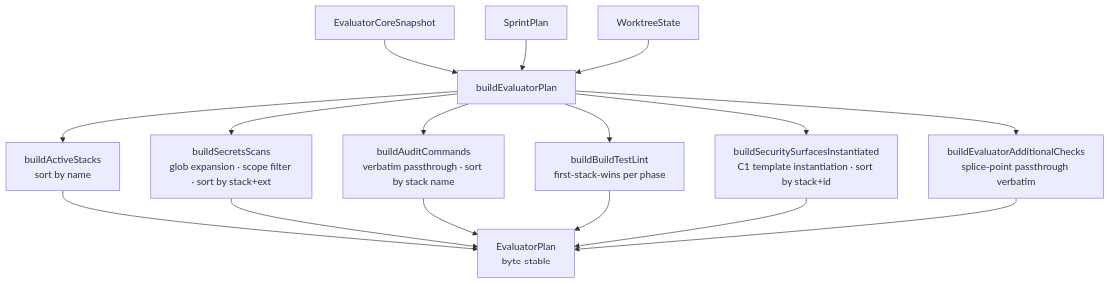
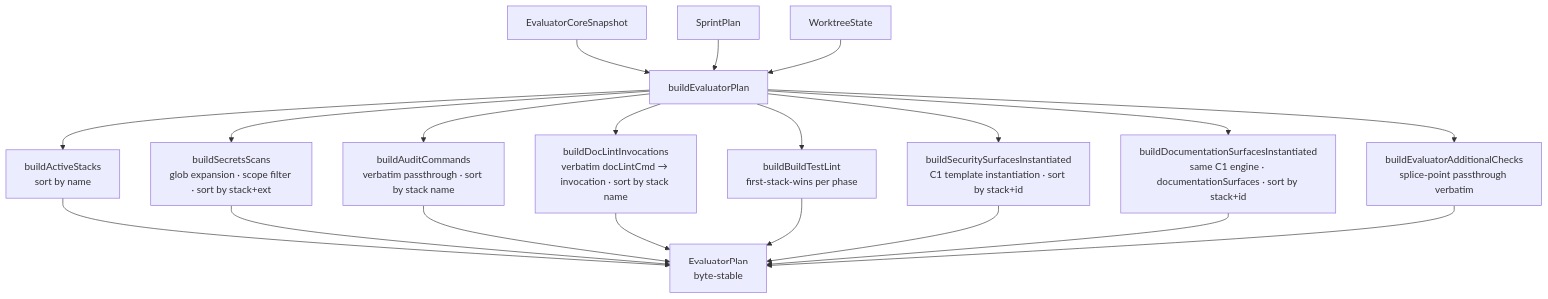
Before and after one commit to Thomas-AppForceOne/ClaudeAgents: the third of 5 diagrams in documentation/evaluator.md, drawn with Mermaid. The commit also changed other lines of this file and 28 other files, not shown here.

````diff
--- a/documentation/evaluator.md
+++ b/documentation/evaluator.md
@@ -170,21 +215,23 @@
 ```mermaid
 flowchart TD
     IN1["EvaluatorCoreSnapshot"]
     IN2["SprintPlan"]
     IN3["WorktreeState"]
 
     MAIN["buildEvaluatorPlan"]
 
     B1["buildActiveStacks\nsort by name"]
     B2["buildSecretsScans\nglob expansion · scope filter · sort by stack+ext"]
     B3["buildAuditCommands\nverbatim passthrough · sort by stack name"]
-    B4["buildBuildTestLint\nfirst-stack-wins per phase"]
-    B5["buildSecuritySurfacesInstantiated\nC1 template instantiation · sort by stack+id"]
-    B6["buildEvaluatorAdditionalChecks\nsplice-point passthrough verbatim"]
+    B4["buildDocLintInvocations\nverbatim docLintCmd → invocation · sort by stack name"]
+    B5["buildBuildTestLint\nfirst-stack-wins per phase"]
+    B6["buildSecuritySurfacesInstantiated\nC1 template instantiation · sort by stack+id"]
+    B7["buildDocumentationSurfacesInstantiated\nsame C1 engine · documentationSurfaces · sort by stack+id"]
+    B8["buildEvaluatorAdditionalChecks\nsplice-point passthrough verbatim"]
 
     OUT["EvaluatorPlan\nbyte-stable"]
 
     IN1 & IN2 & IN3 --> MAIN
-    MAIN --> B1 & B2 & B3 & B4 & B5 & B6
-    B1 & B2 & B3 & B4 & B5 & B6 --> OUT
+    MAIN --> B1 & B2 & B3 & B4 & B5 & B6 & B7 & B8
+    B1 & B2 & B3 & B4 & B5 & B6 & B7 & B8 --> OUT
 ```
````
